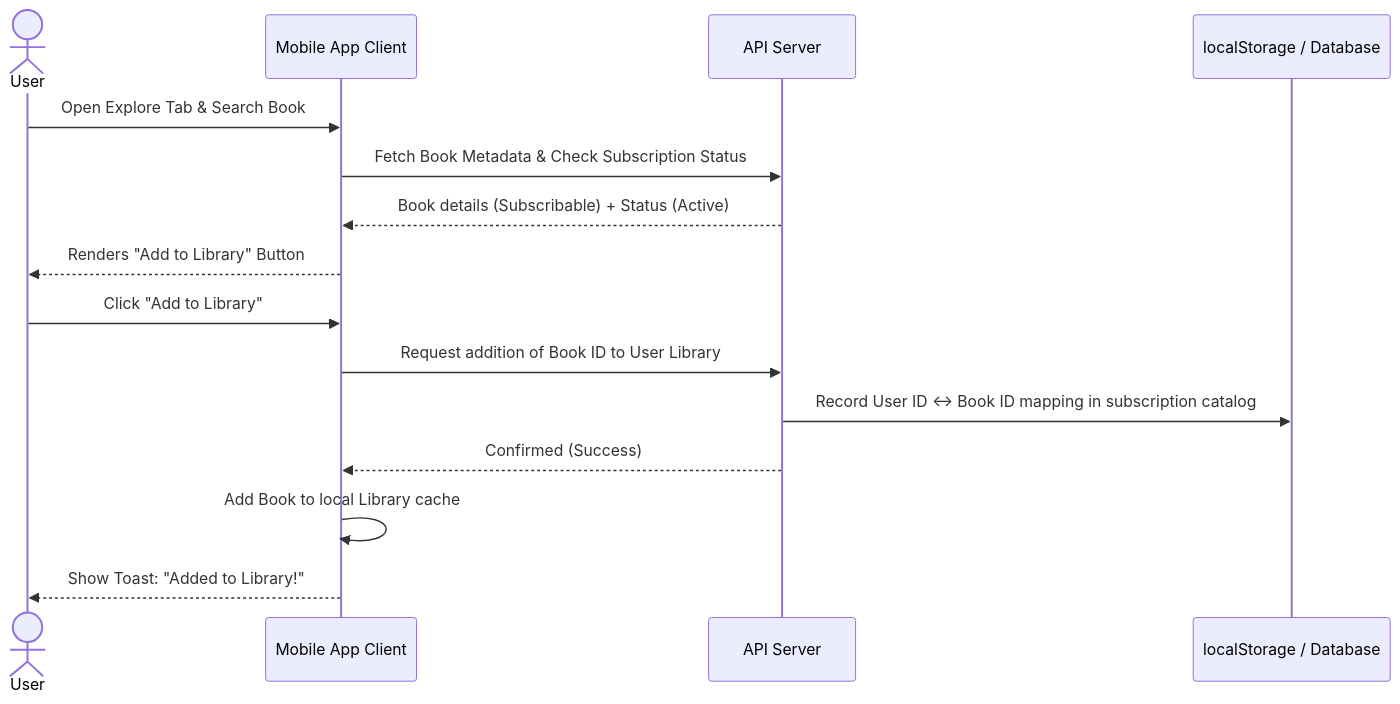
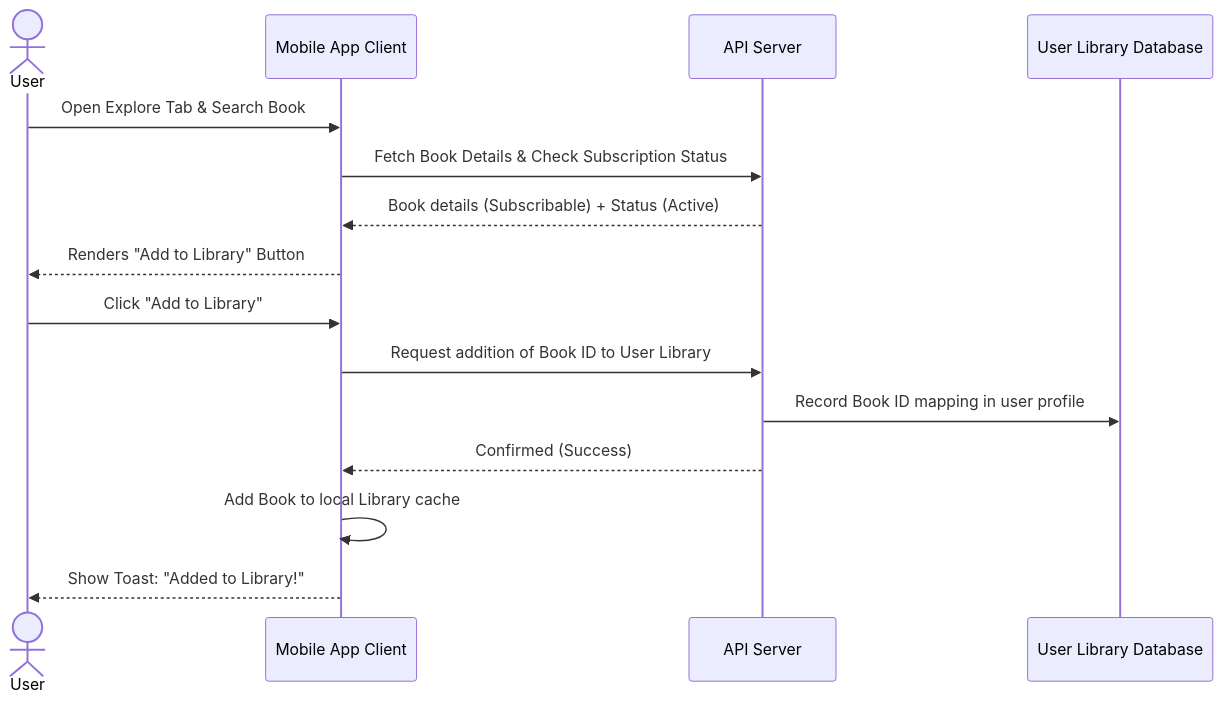
The diagram in PRD_Mobile_App.md (kevinkjose100-byte/amritaadminupdated), drawn with Mermaid before and after one commit. The commit also changed other lines of this file and 1 other file, not shown here.

Commit message:
docs: Remove technical implementation details and maximize functional requirements in Web App and Mobile App PRDs

````diff
--- a/PRD_Mobile_App.md
+++ b/PRD_Mobile_App.md
@@ -83,18 +83,18 @@
 ```mermaid
 sequenceDiagram
   actor Subscriber as User
   participant Mobile as Mobile App Client
   participant API as API Server
-  participant Storage as localStorage / Database
+  participant Storage as User Library Database
 
   Subscriber->>Mobile: Open Explore Tab & Search Book
-  Mobile->>API: Fetch Book Metadata & Check Subscription Status
+  Mobile->>API: Fetch Book Details & Check Subscription Status
   API-->>Mobile: Book details (Subscribable) + Status (Active)
   Mobile-->>Subscriber: Renders "Add to Library" Button
   Subscriber->>Mobile: Click "Add to Library"
   Mobile->>API: Request addition of Book ID to User Library
-  API->>Storage: Record User ID <-> Book ID mapping in subscription catalog
+  API->>Storage: Record Book ID mapping in user profile
   API-->>Mobile: Confirmed (Success)
   Mobile->>Mobile: Add Book to local Library cache
   Mobile-->>Subscriber: Show Toast: "Added to Library!"
 ```
````
